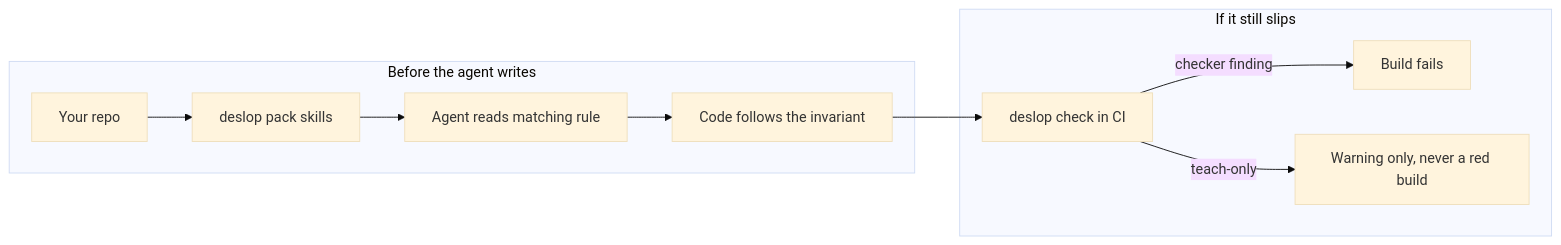
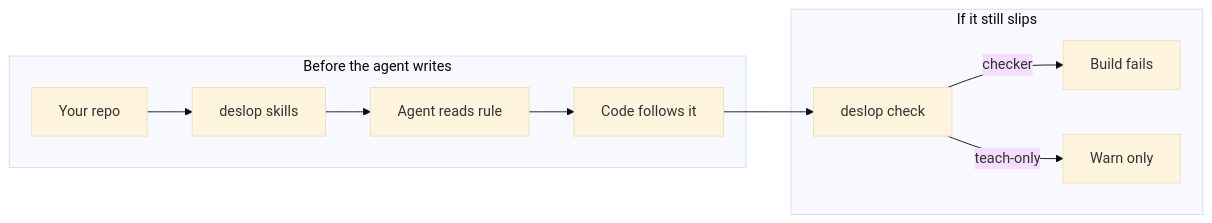
One commit to Amaresh/deslop changed the first of 5 diagrams in README.md. Above: the diagram before and after it, drawn with Mermaid (base theme). The commit also changed other lines of this file, not shown here.

First line of the commit message:
docs: shorten mermaid labels so GitHub does not clip them

````diff
--- a/README.md
+++ b/README.md
@@ -11,13 +11,13 @@
 ```mermaid
 flowchart LR
   subgraph beforeWrite [Before the agent writes]
-    A["Your repo"] --> B["deslop pack skills"]
-    B --> C["Agent reads matching rule"]
-    C --> D["Code follows the invariant"]
+    A["Your repo"] --> B["deslop skills"]
+    B --> C["Agent reads rule"]
+    C --> D["Code follows it"]
   end
   subgraph afterSlip [If it still slips]
-    D --> E["deslop check in CI"]
-    E -->|"checker finding"| F["Build fails"]
-    E -->|"teach-only"| G["Warning only, never a red build"]
+    D --> E["deslop check"]
+    E -->|"checker"| F["Build fails"]
+    E -->|"teach-only"| G["Warn only"]
   end
 ```
````
